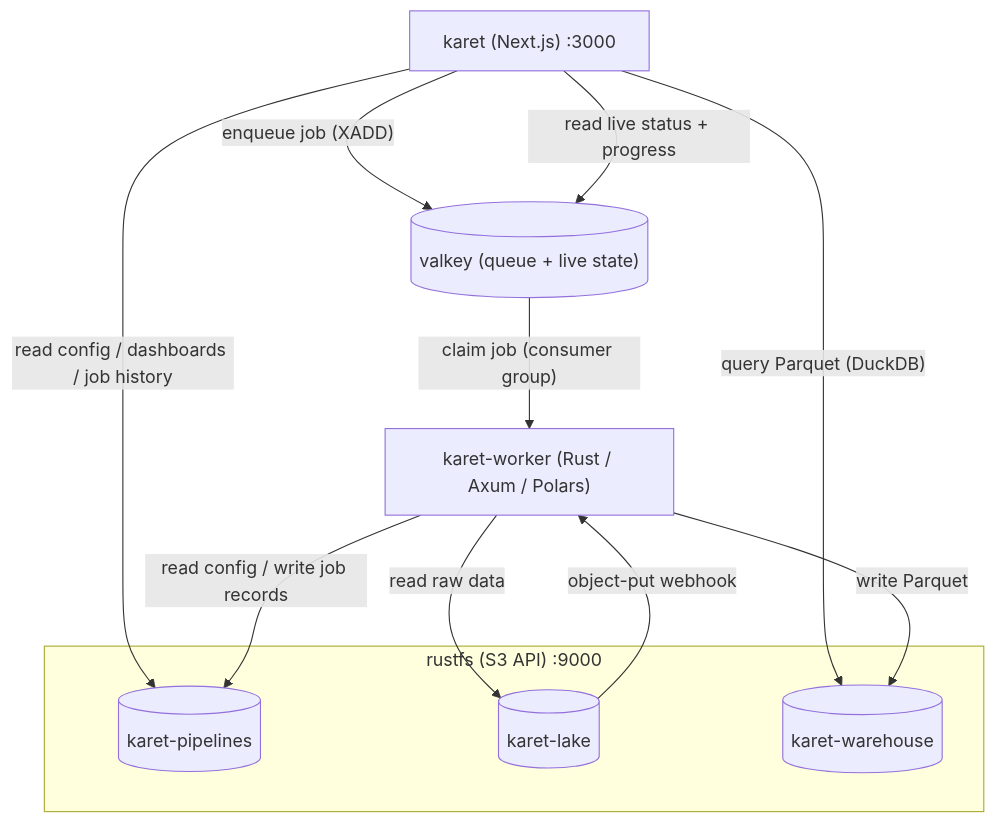
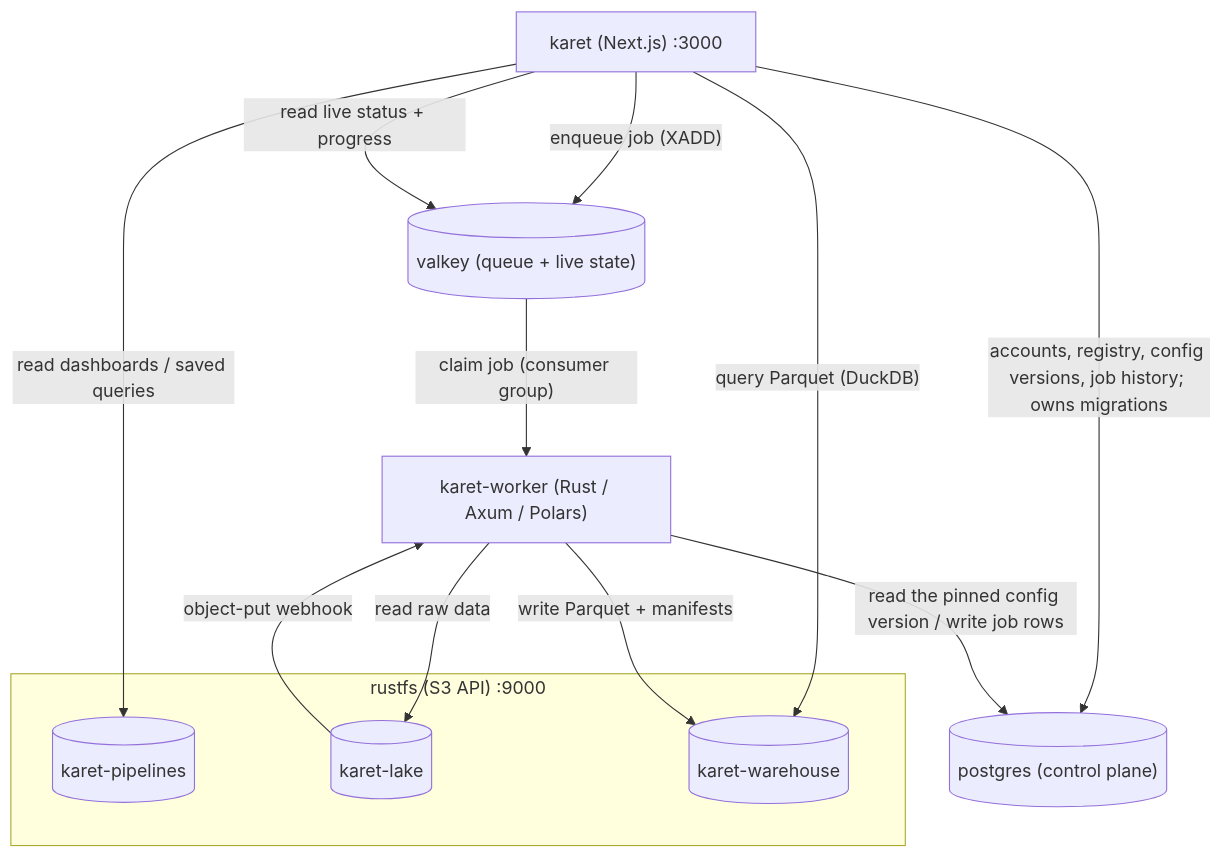
Before and after one commit to karet-org/karet-docs: the diagram in guide/architecture.md, drawn with Mermaid. The commit also changed other lines of this file and 3 other files, not shown here.

First line of the commit message:
Postgres in the diagram, and the four features on the front page

````diff
--- a/guide/architecture.md
+++ b/guide/architecture.md
@@ -15,25 +15,27 @@
 ```mermaid
 %%{ init: { "flowchart": { "nodeSpacing": 55, "rankSpacing": 70 } } }%%
 flowchart TB
   web["karet (Next.js) :3000"]
+  postgres[("postgres (control plane)")]
   valkey[("valkey (queue + live state)")]
   worker["karet-worker (Rust / Axum / Polars)"]
 
   subgraph s3["rustfs (S3 API) :9000"]
     pipelines[("karet-pipelines")]
     lake[("karet-lake")]
     warehouse[("karet-warehouse")]
   end
 
+  web -->|"accounts, registry, config versions, job history; owns migrations"| postgres
   web -->|"enqueue job (XADD)"| valkey
   web -->|"read live status + progress"| valkey
-  web -->|"read config / dashboards / job history"| pipelines
+  web -->|"read dashboards / saved queries"| pipelines
   web -->|"query Parquet (DuckDB)"| warehouse
 
   valkey -->|"claim job (consumer group)"| worker
-  worker -->|"read config / write job records"| pipelines
+  worker -->|"read the pinned config version / write job rows"| postgres
   worker -->|"read raw data"| lake
-  worker -->|"write Parquet"| warehouse
+  worker -->|"write Parquet + manifests"| warehouse
 
   lake -->|"object-put webhook"| worker
 ```
````
